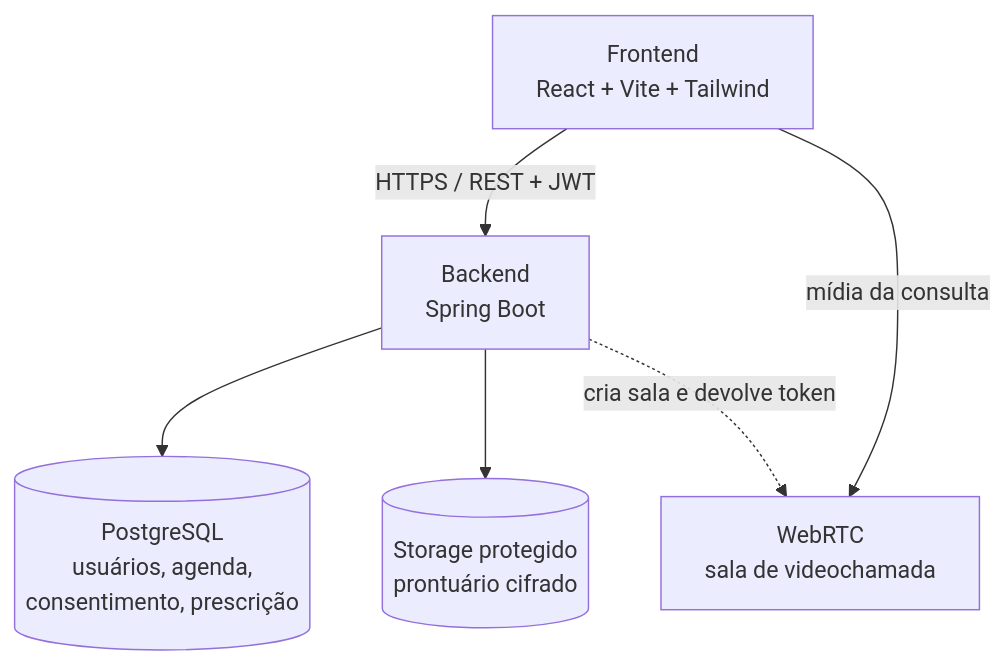
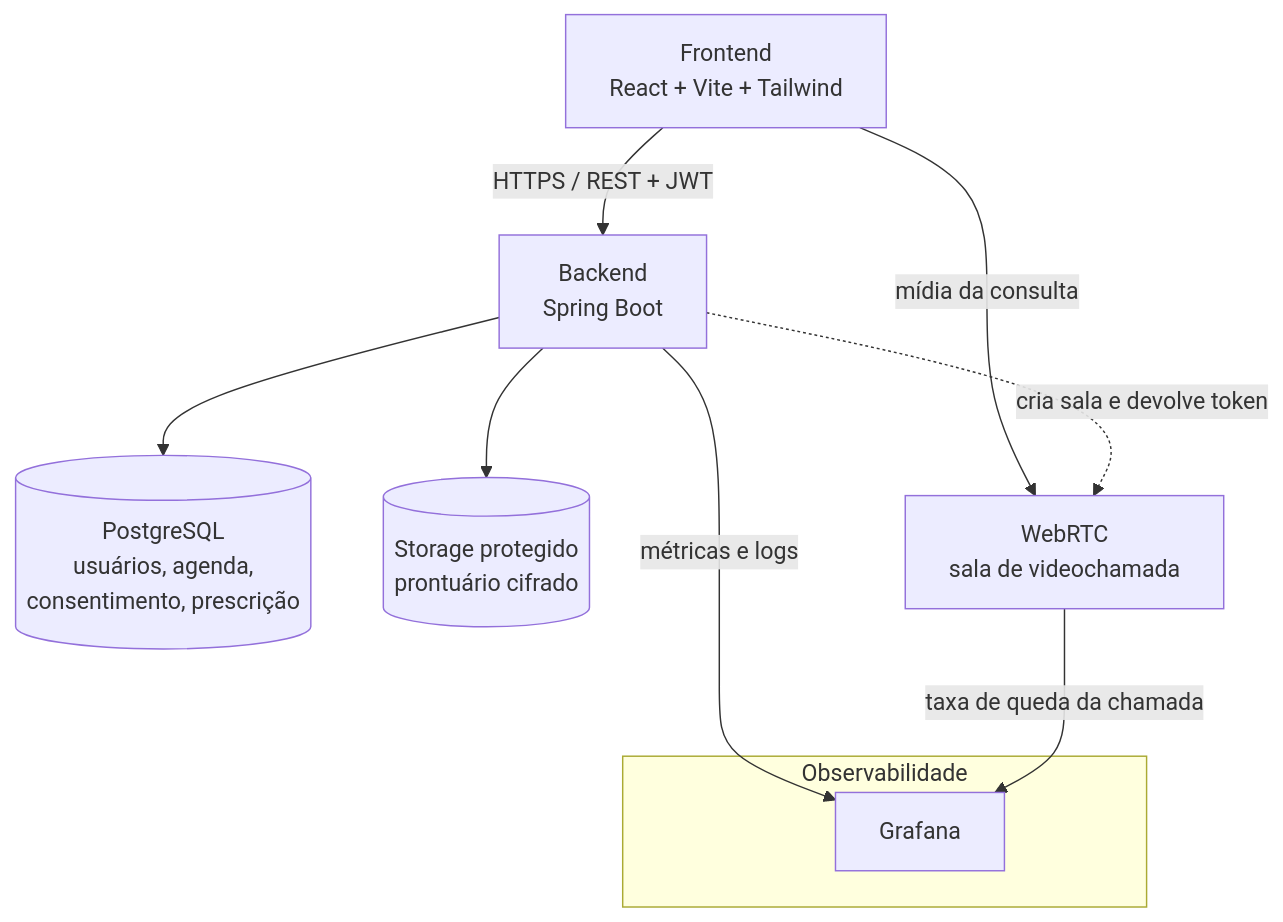
Before and after one commit to iagobcosta/vida-conecta: the first of 3 diagrams in README.md, drawn with Mermaid. The commit also changed other lines of this file, not shown here.

Commit message:
docs: enhance README.md by adding Grafana integration details for observability, including metrics and logs related to call quality

````diff
--- a/README.md
+++ b/README.md
@@ -58,17 +58,24 @@
 ```mermaid
 flowchart TB
   FE[Frontend<br/>React + Vite + Tailwind]
 
   BE[Backend<br/>Spring Boot]
 
   PG[(PostgreSQL<br/>usuários, agenda,<br/>consentimento, prescrição)]
   EHR[(Storage protegido<br/>prontuário cifrado)]
-  SFU[WebRTC <br/>sala de videochamada]
+  SFU[WebRTC<br/>sala de videochamada]
+
+  subgraph obs [Observabilidade]
+    GRAF[Grafana]
+  end
 
   FE -->|HTTPS / REST + JWT| BE
   FE -->|mídia da consulta| SFU
 
   BE --> PG
   BE --> EHR
   BE -.->|cria sala e devolve token| SFU
+
+  BE -->|métricas e logs| GRAF
+  SFU -->|taxa de queda da chamada| GRAF
 ```
````
